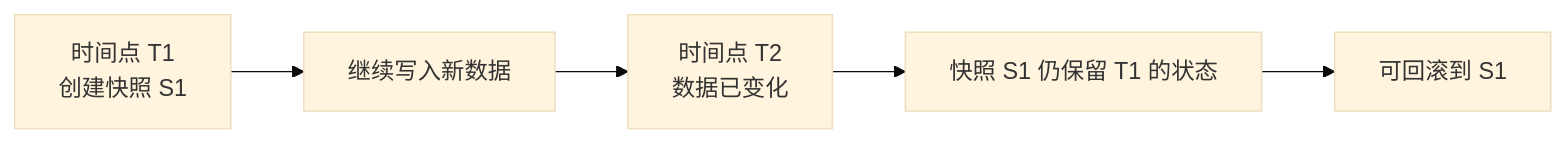
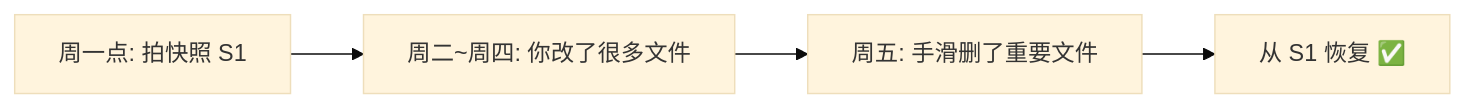
One commit to cv-superding/nas-guide changed the diagram in docs/05-存储与数据保护/5.3-快照与版本管理.md. Above: the diagram before and after it, drawn with Mermaid (base theme). The commit also changed other lines of this file and 1 other file, not shown here.

````diff
--- a/docs/05-存储与数据保护/5.3-快照与版本管理.md
+++ b/docs/05-存储与数据保护/5.3-快照与版本管理.md
@@ -17,7 +23,6 @@
 ```mermaid
 flowchart LR
-    A[时间点 T1<br/>创建快照 S1] --> B[继续写入新数据]
-    B --> C[时间点 T2<br/>数据已变化]
-    C --> D[快照 S1 仍保留 T1 的状态]
-    D --> E[可回滚到 S1]
+    A[周一点: 拍快照 S1] --> B[周二~周四: 你改了很多文件]
+    B --> C[周五: 手滑删了重要文件]
+    C --> D[从 S1 恢复 ✅]
 ```
````
